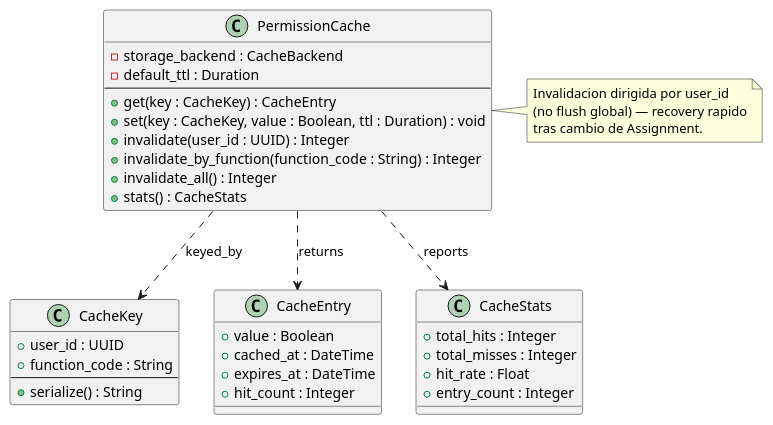
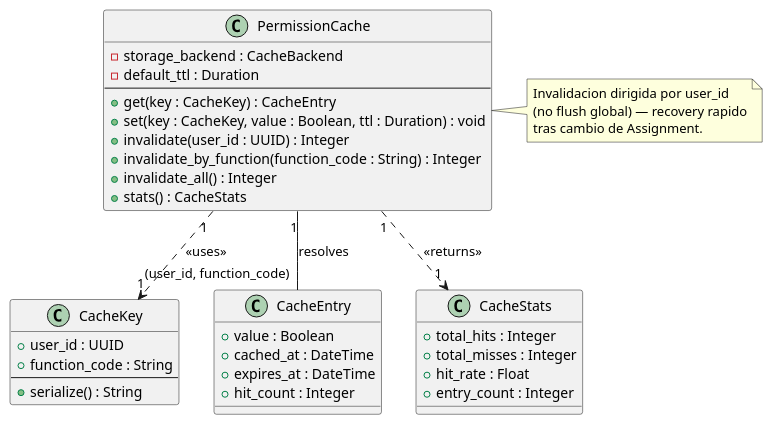
One commit to jcg-admin/IACT-docs changed the diagram in source/arquitectura-tecnica/domain-model/permission-cache.rst. Above: the diagram before and after it, drawn with PlantUML. The commit also changed 53 other files, not shown here.

First line of the commit message:
Apply UML rigor pass batch 1: RBAC core + Reports generalization

```diff
--- a/source/arquitectura-tecnica/domain-model/permission-cache.rst
+++ b/source/arquitectura-tecnica/domain-model/permission-cache.rst
@@ -30,50 +30,50 @@
 .. uml::
  :caption: Clase PermissionCache — cache TTL con
            invalidación dirigida por usuario.
 
  @startuml
 
  class PermissionCache {
    - storage_backend : CacheBackend
    - default_ttl : Duration
    --
    + get(key : CacheKey) : CacheEntry
    + set(key : CacheKey, value : Boolean, ttl : Duration) : void
    + invalidate(user_id : UUID) : Integer
    + invalidate_by_function(function_code : String) : Integer
    + invalidate_all() : Integer
    + stats() : CacheStats
  }
 
  class CacheKey {
    + user_id : UUID
    + function_code : String
    --
    + serialize() : String
  }
 
  class CacheEntry {
    + value : Boolean
    + cached_at : DateTime
    + expires_at : DateTime
    + hit_count : Integer
  }
 
  class CacheStats {
    + total_hits : Integer
    + total_misses : Integer
    + hit_rate : Float
    + entry_count : Integer
  }
 
- PermissionCache ..> CacheKey : keyed_by
- PermissionCache ..> CacheEntry : returns
- PermissionCache ..> CacheStats : reports
+ PermissionCache "1" -- "(user_id, function_code)" CacheEntry : resolves
+ PermissionCache "1" ..> "1" CacheKey : <<uses>>
+ PermissionCache "1" ..> "1" CacheStats : <<returns>>
 
  note right of PermissionCache
    Invalidacion dirigida por user_id
    (no flush global) — recovery rapido
    tras cambio de Assignment.
  end note
 
  @enduml
```
